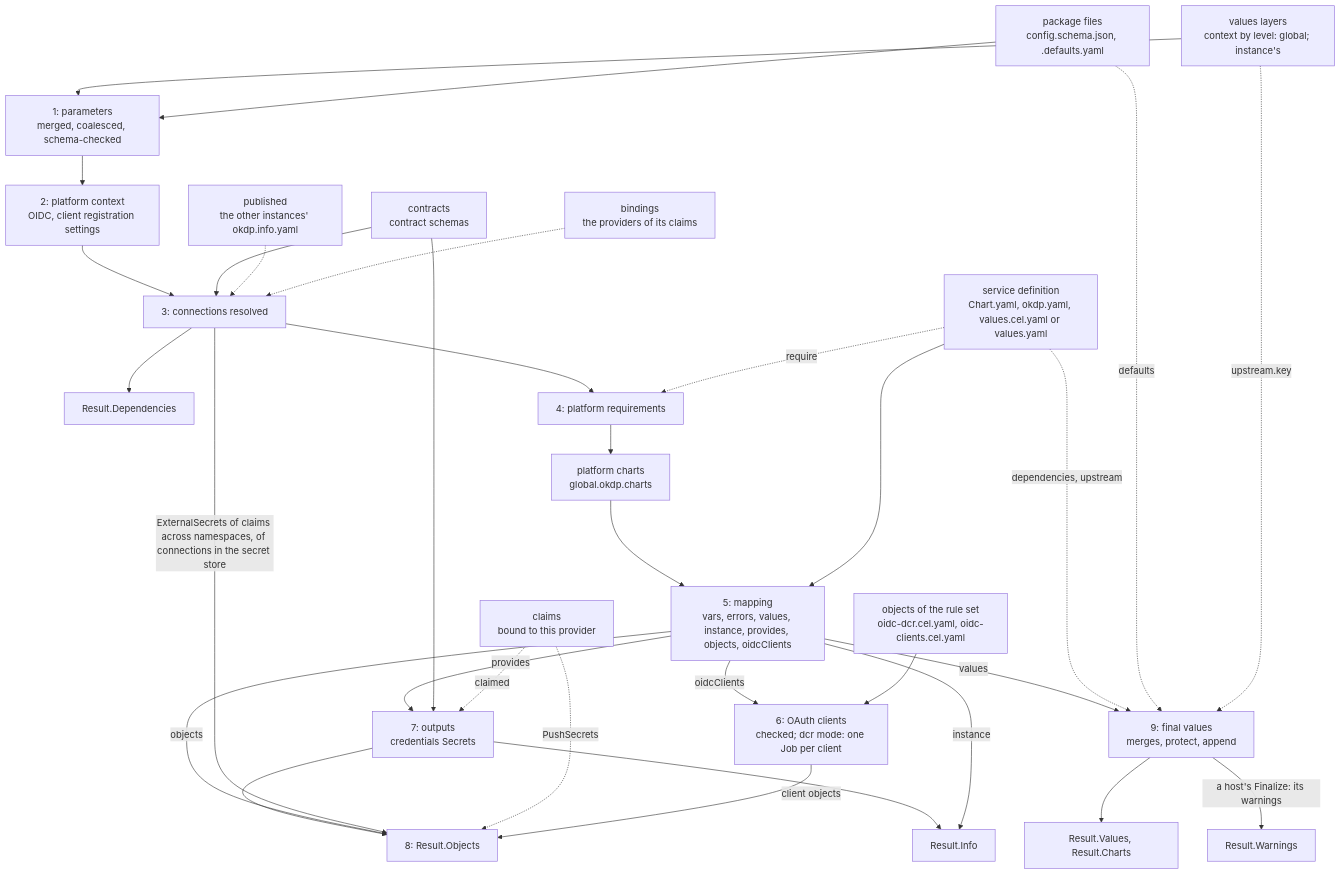
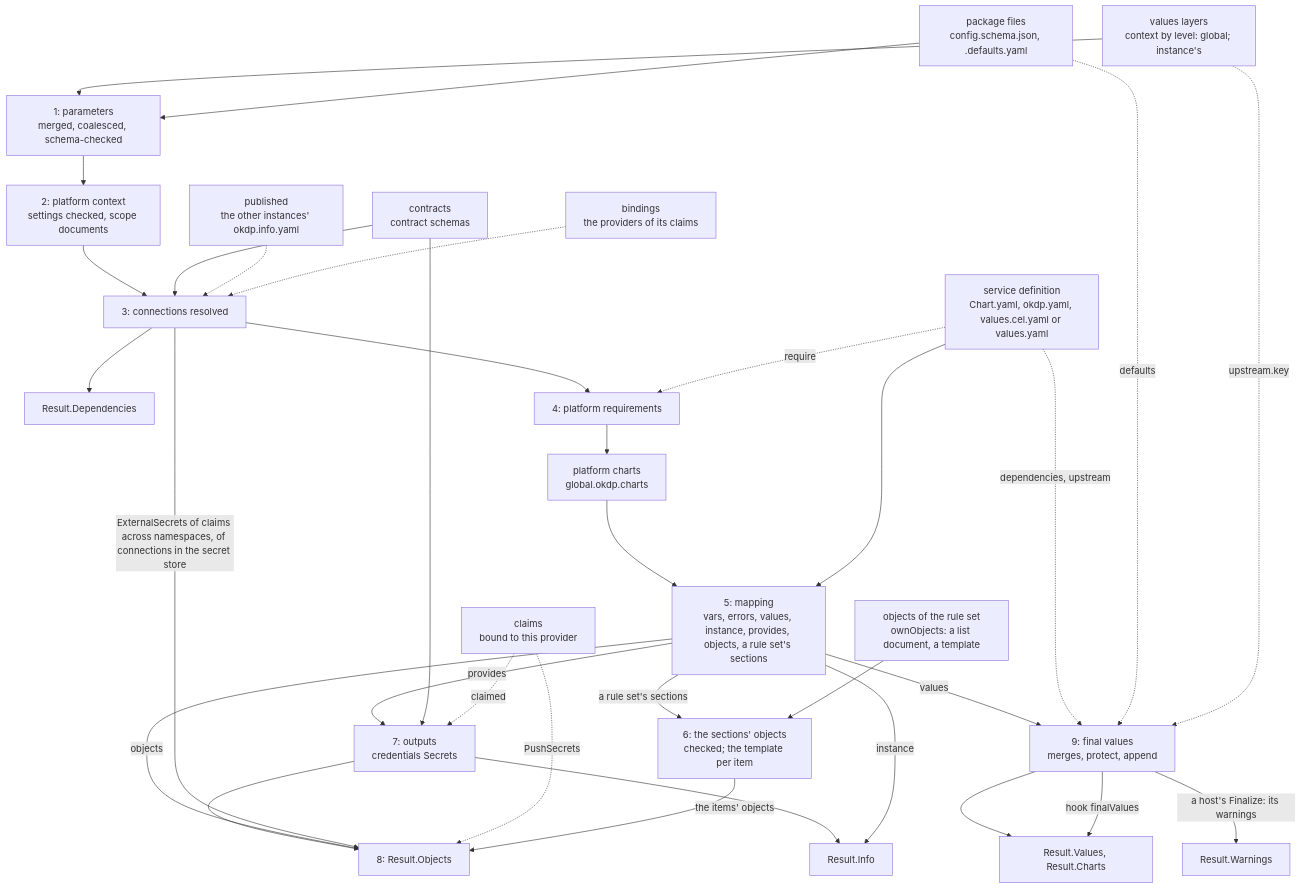
Before and after one commit to OKDP/okdp-compiler: the diagram in docs/00_architecture.md, drawn with Mermaid. The commit also changed other lines of this file and 123 other files, not shown here.

Commit message:
feat!: the ingress hosts, the OAuth clients, the hardened pod functions and the upstream policy's tables out of the compiler, to okdp-compiler-security

````diff
--- a/docs/00_architecture.md
+++ b/docs/00_architecture.md
@@ -72,43 +76,44 @@
 ```mermaid
 flowchart TD
   def["service definition<br/>Chart.yaml, okdp.yaml, values.cel.yaml or values.yaml"]
   pkg["package files<br/>config.schema.json, <key>.defaults.yaml"]
   layers["values layers<br/>context by level: global; instance's"]
   contracts["contracts<br/>contract schemas"]
   published["published<br/>the other instances' okdp.info.yaml"]
   bindings["bindings<br/>the providers of its claims"]
   claims["claims<br/>bound to this provider"]
-  tmpl["objects of the rule set<br/>oidc-dcr.cel.yaml, oidc-clients.cel.yaml"]
+  tmpl["objects of the rule set<br/>ownObjects: a list document, a template"]
 
   layers --> s1["1: parameters<br/>merged, coalesced, schema-checked"]
   pkg --> s1
-  s1 --> s2["2: platform context<br/>OIDC, client registration settings"]
+  s1 --> s2["2: platform context<br/>settings checked, scope documents"]
   s2 --> s3["3: connections resolved"]
   contracts --> s3
   published -.-> s3
   bindings -.-> s3
   s3 --> deps["Result.Dependencies"]
   s3 --> s4["4: platform requirements"]
   def -. "require" .-> s4
   s4 --> pc["platform charts<br/>global.okdp.charts"]
-  pc --> s5["5: mapping<br/>vars, errors, values, instance, provides, objects, oidcClients"]
+  pc --> s5["5: mapping<br/>vars, errors, values, instance, provides, objects, a rule set's sections"]
   def --> s5
-  s5 -- oidcClients --> s6["6: OAuth clients<br/>checked; dcr mode: one Job per client"]
+  s5 -- "a rule set's sections" --> s6["6: the sections' objects<br/>checked; the template per item"]
   tmpl --> s6
   s5 -- provides --> s7["7: outputs<br/>credentials Secrets"]
   contracts --> s7
   claims -. "claimed" .-> s7
   s7 --> inst["Result.Info"]
   s5 -- instance --> inst
   s7 --> s8["8: Result.Objects"]
   s5 -- objects --> s8
   s3 -- "ExternalSecrets of claims across namespaces, of connections in the secret store" --> s8
   claims -. "PushSecrets" .-> s8
   s5 -- values --> s9["9: final values<br/>merges, protect, append"]
-  s6 -- "client objects" --> s8
+  s6 -- "the items' objects" --> s8
   def -. "dependencies, upstream" .-> s9
   pkg -. defaults .-> s9
   layers -. "upstream.key" .-> s9
   s9 --> vals["Result.Values, Result.Charts"]
   s9 -- "a host's Finalize: its warnings" --> warn["Result.Warnings"]
+  s9 -- "hook finalValues" --> vals
 ```
````
